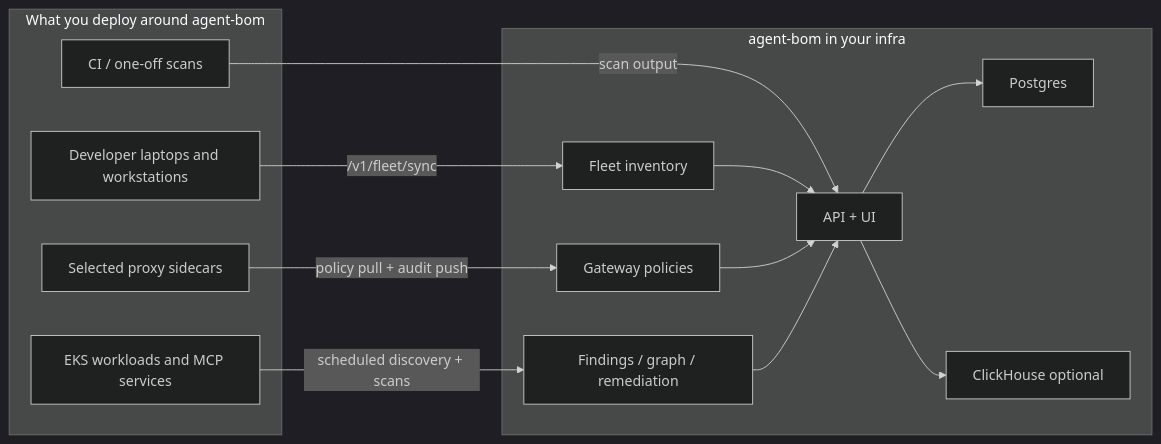
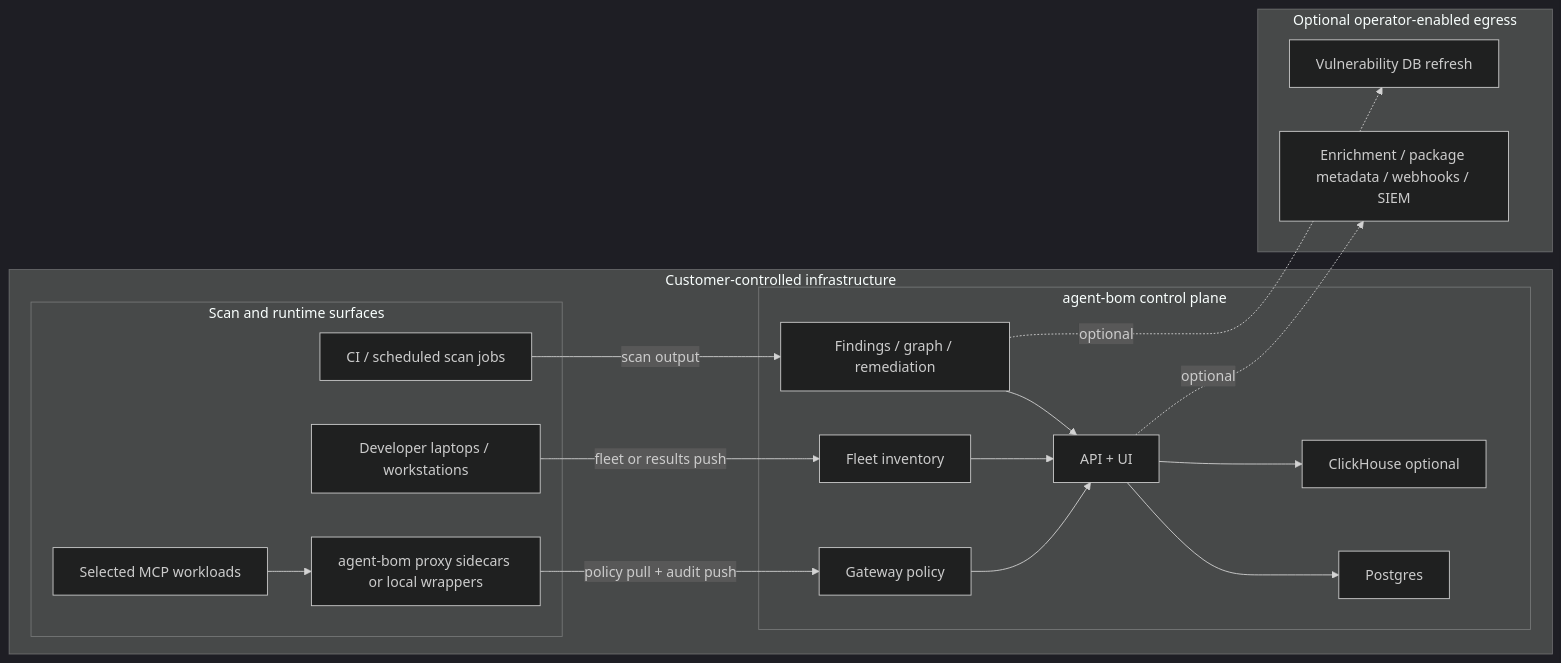
The diagram in site-docs/deployment/overview.md (msaad00/agent-bom), drawn with Mermaid (dark theme) before and after one commit. The commit also changed other lines of this file and 56 other files, not shown here.

````diff
--- a/site-docs/deployment/overview.md
+++ b/site-docs/deployment/overview.md
@@ -32,28 +57,37 @@
 ```mermaid
 flowchart LR
-    subgraph Sources["What you deploy around agent-bom"]
-      CI["CI / one-off scans"]
-      Endpoints["Developer laptops and workstations"]
-      Cluster["EKS workloads and MCP services"]
-      Proxies["Selected proxy sidecars"]
+    subgraph Customer["Customer-controlled infrastructure"]
+      subgraph Sources["Scan and runtime surfaces"]
+        CI["CI / scheduled scan jobs"]
+        Endpoints["Developer laptops / workstations"]
+        MCP["Selected MCP workloads"]
+        Proxy["agent-bom proxy sidecars or local wrappers"]
+      end
+
+      subgraph Plane["agent-bom control plane"]
+        API["API + UI"]
+        Fleet["Fleet inventory"]
+        Gateway["Gateway policy"]
+        Findings["Findings / graph / remediation"]
+        PG["Postgres"]
+        CH["ClickHouse optional"]
+      end
     end
 
-    subgraph ControlPlane["agent-bom in your infra"]
-      API["API + UI"]
-      Fleet["Fleet inventory"]
-      Gateway["Gateway policies"]
-      Findings["Findings / graph / remediation"]
-      PG["Postgres"]
-      CH["ClickHouse optional"]
+    subgraph Optional["Optional operator-enabled egress"]
+      Vuln["Vulnerability DB refresh"]
+      Enrich["Enrichment / package metadata / webhooks / SIEM"]
     end
 
-    CI -->|scan output| API
-    Endpoints -->|/v1/fleet/sync| Fleet
-    Cluster -->|scheduled discovery + scans| Findings
-    Proxies -->|policy pull + audit push| Gateway
+    CI -->|scan output| Findings
+    Endpoints -->|fleet or results push| Fleet
+    MCP --> Proxy
+    Proxy -->|policy pull + audit push| Gateway
+    Findings --> API
+    Fleet --> API
+    Gateway --> API
     API --> PG
     API --> CH
-    Fleet --> API
-    Gateway --> API
-    Findings --> API
+    Findings -. optional .-> Vuln
+    API -. optional .-> Enrich
 ```
````
